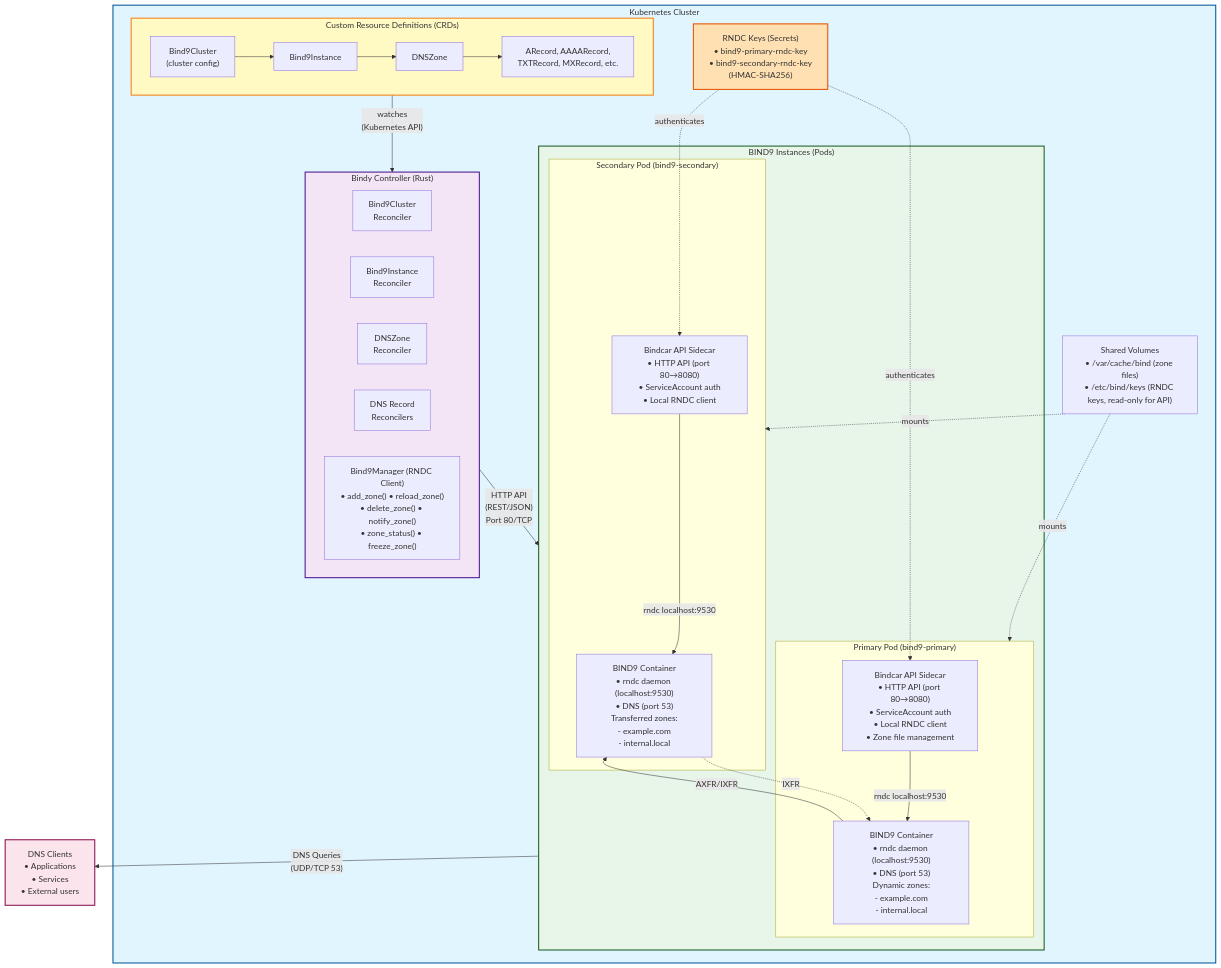
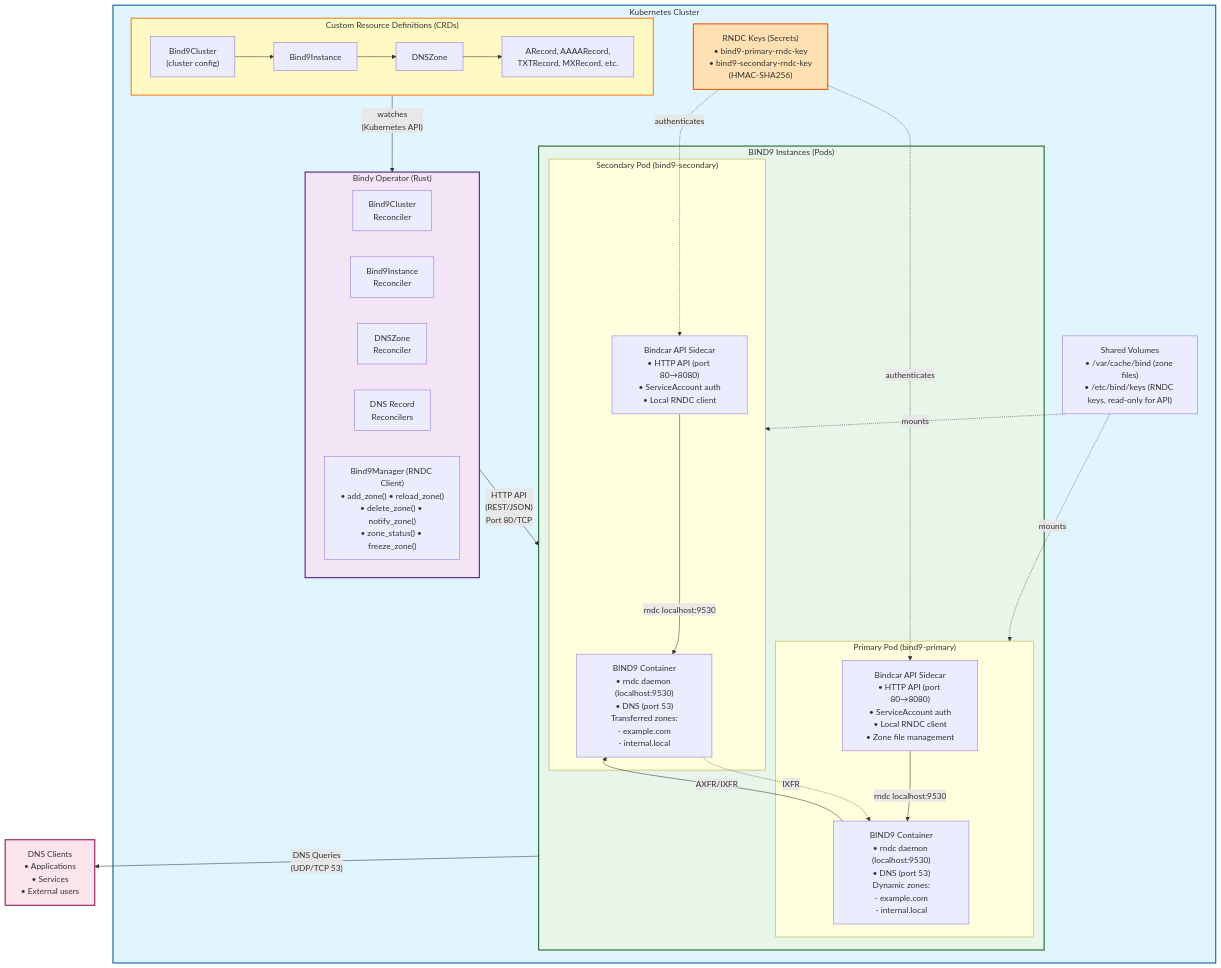
Before and after one commit to firestoned/bindy: the diagram in docs/src/concepts/architecture-rndc.md, drawn with Mermaid. The commit also changed other lines of this file and 150 other files, not shown here.

Commit message:
Change the occurences from controller to operator (#83)

````diff
--- a/docs/src/concepts/architecture-rndc.md
+++ b/docs/src/concepts/architecture-rndc.md
@@ -7,61 +7,61 @@
 ```mermaid
 graph TB
     subgraph k8s["Kubernetes Cluster"]
         subgraph crds["Custom Resource Definitions (CRDs)"]
             cluster["Bind9Cluster<br/>(cluster config)"]
             instance["Bind9Instance"]
             zone["DNSZone"]
             records["ARecord, AAAARecord,<br/>TXTRecord, MXRecord, etc."]
 
             cluster --> instance
             instance --> zone
             zone --> records
         end
 
-        subgraph controller["Bindy Controller (Rust)"]
+        subgraph operator["Bindy Operator (Rust)"]
             rec1["Bind9Cluster<br/>Reconciler"]
             rec2["Bind9Instance<br/>Reconciler"]
             rec3["DNSZone<br/>Reconciler"]
             rec4["DNS Record<br/>Reconcilers"]
             manager["Bind9Manager (RNDC Client)<br/>• add_zone() • reload_zone()<br/>• delete_zone() • notify_zone()<br/>• zone_status() • freeze_zone()"]
         end
 
         subgraph bind9["BIND9 Instances (Pods)"]
             subgraph primary_pod["Primary Pod (bind9-primary)"]
                 primary_bind["BIND9 Container<br/>• rndc daemon (localhost:9530)<br/>• DNS (port 53)<br/>Dynamic zones:<br/>- example.com<br/>- internal.local"]
                 primary_api["Bindcar API Sidecar<br/>• HTTP API (port 80→8080)<br/>• ServiceAccount auth<br/>• Local RNDC client<br/>• Zone file management"]
 
                 primary_api -->|"rndc localhost:9530"| primary_bind
             end
 
             subgraph secondary_pod["Secondary Pod (bind9-secondary)"]
                 secondary_bind["BIND9 Container<br/>• rndc daemon (localhost:9530)<br/>• DNS (port 53)<br/>Transferred zones:<br/>- example.com<br/>- internal.local"]
                 secondary_api["Bindcar API Sidecar<br/>• HTTP API (port 80→8080)<br/>• ServiceAccount auth<br/>• Local RNDC client"]
 
                 secondary_api -->|"rndc localhost:9530"| secondary_bind
             end
         end
 
         secrets["RNDC Keys (Secrets)<br/>• bind9-primary-rndc-key<br/>• bind9-secondary-rndc-key<br/>(HMAC-SHA256)"]
         volumes["Shared Volumes<br/>• /var/cache/bind (zone files)<br/>• /etc/bind/keys (RNDC keys, read-only for API)"]
     end
 
     clients["DNS Clients<br/>• Applications<br/>• Services<br/>• External users"]
 
-    crds -->|"watches<br/>(Kubernetes API)"| controller
-    controller -->|"HTTP API<br/>(REST/JSON)<br/>Port 80/TCP"| bind9
+    crds -->|"watches<br/>(Kubernetes API)"| operator
+    operator -->|"HTTP API<br/>(REST/JSON)<br/>Port 80/TCP"| bind9
     volumes -.->|"mounts"| primary_pod
     volumes -.->|"mounts"| secondary_pod
     primary_bind -->|"AXFR/IXFR"| secondary_bind
     secondary_bind -.->|"IXFR"| primary_bind
     bind9 -->|"DNS Queries<br/>(UDP/TCP 53)"| clients
     secrets -.->|"authenticates"| primary_api
     secrets -.->|"authenticates"| secondary_api
 
     style k8s fill:#e1f5ff,stroke:#01579b,stroke-width:2px
     style crds fill:#fff9c4,stroke:#f57f17,stroke-width:2px
-    style controller fill:#f3e5f5,stroke:#4a148c,stroke-width:2px
+    style operator fill:#f3e5f5,stroke:#4a148c,stroke-width:2px
     style bind9 fill:#e8f5e9,stroke:#1b5e20,stroke-width:2px
     style secrets fill:#ffe0b2,stroke:#e65100,stroke-width:2px
     style clients fill:#fce4ec,stroke:#880e4f,stroke-width:2px
 ```
````
